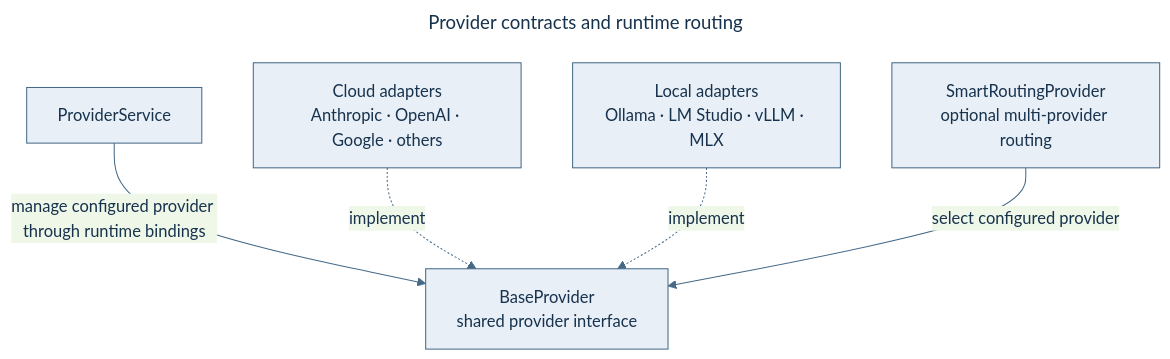
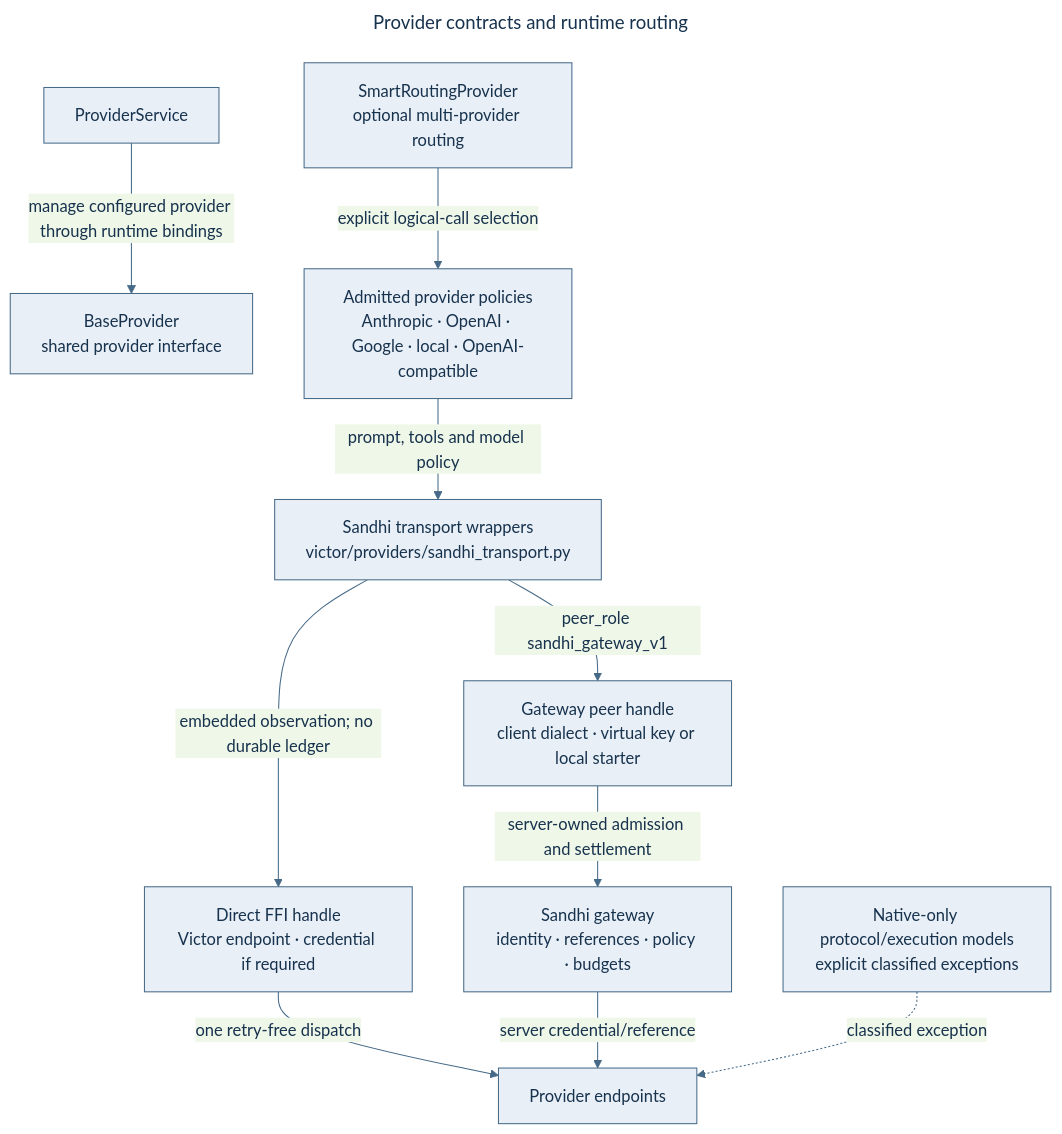
Before and after one commit to anvai-labs/victor: the fourth of 13 diagrams in docs/architecture.md, drawn with Mermaid. The commit also changed other lines of this file and 62 other files, not shown here.

````diff
--- a/docs/architecture.md
+++ b/docs/architecture.md
@@ -269,16 +294,26 @@
 ```mermaid
 ---
 title: Provider contracts and runtime routing
 ---
 %%{init: {"theme":"base","themeVariables":{"primaryColor":"#E8EFF7","primaryTextColor":"#17324D","primaryBorderColor":"#456987","lineColor":"#456987","fontFamily":"Arial"}}}%%
 flowchart TB
   S["ProviderService"]
   B["BaseProvider<br/>shared provider interface"]
-  C["Cloud adapters<br/>Anthropic · OpenAI · Google · others"]
-  L["Local adapters<br/>Ollama · LM Studio · vLLM · MLX"]
+  A["Admitted provider policies<br/>Anthropic · OpenAI · Google · local · OpenAI-compatible"]
+  T["Sandhi transport wrappers<br/>victor/providers/sandhi_transport.py"]
+  D["Direct FFI handle<br/>Victor endpoint · credential if required"]
+  G["Gateway peer handle<br/>client dialect · virtual key or local starter"]
+  SG["Sandhi gateway<br/>identity · references · policy · budgets"]
   R["SmartRoutingProvider<br/>optional multi-provider routing"]
+  N["Native-only protocol/execution models<br/>explicit classified exceptions"]
+  U["Provider endpoints"]
   S -->|"manage configured provider through runtime bindings"| B
-  C -.->|"implement"| B
-  L -.->|"implement"| B
-  R -->|"select configured provider"| B
+  A -->|"prompt, tools and model policy"| T
+  T -->|"embedded observation; no durable ledger"| D
+  T -->|"peer_role sandhi_gateway_v1"| G
+  G -->|"server-owned admission and settlement"| SG
+  D -->|"one retry-free dispatch"| U
+  SG -->|"server credential/reference"| U
+  R -->|"explicit logical-call selection"| A
+  N -.->|"classified exception"| U
 ```
````
